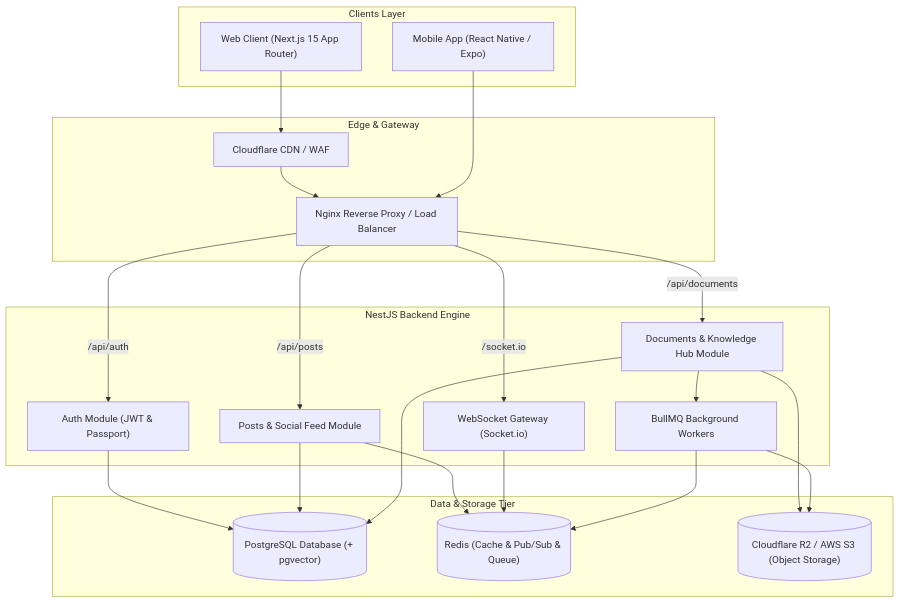
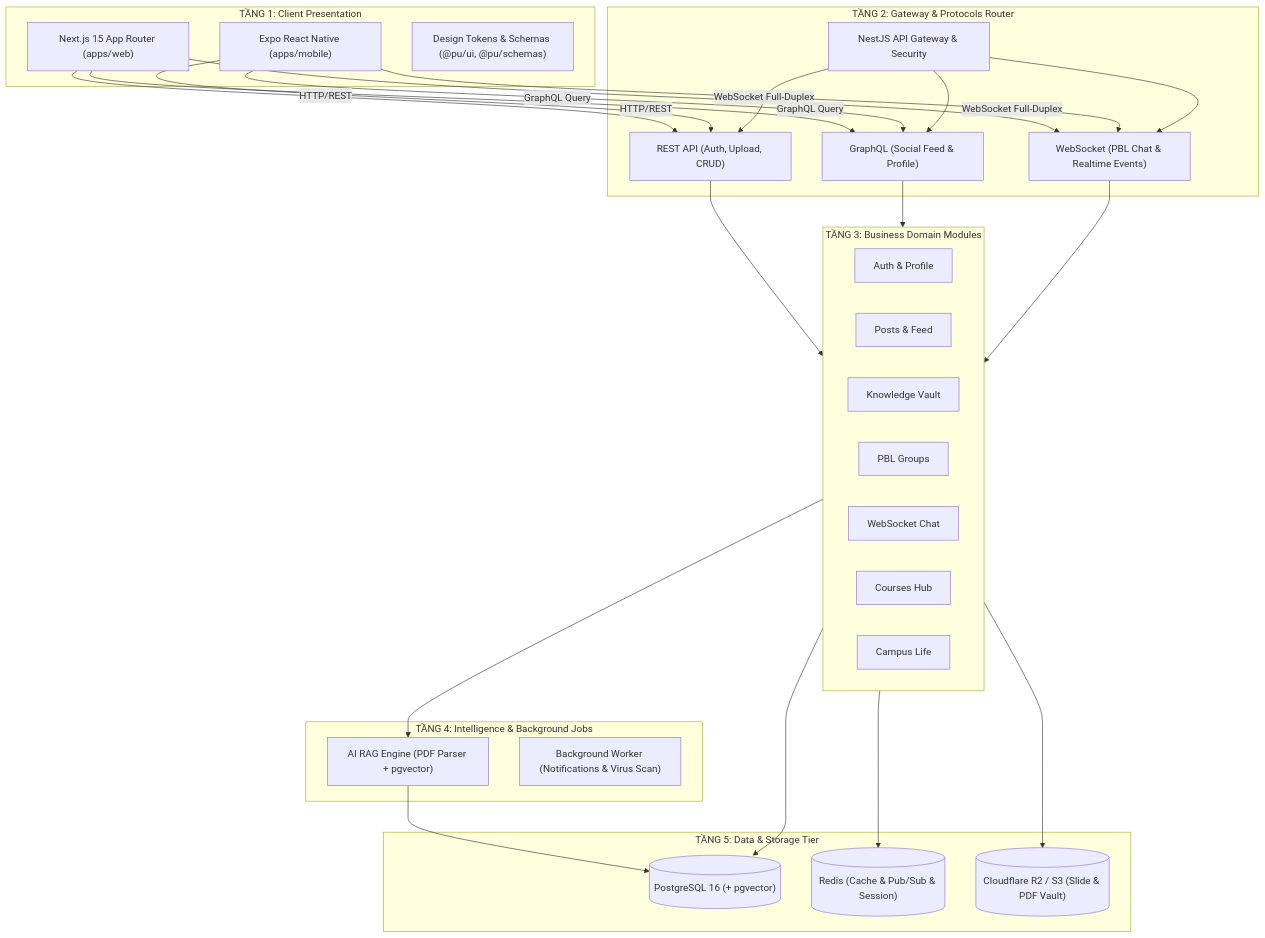
The diagram in docs/architecture.md (nhatcoi/pu-connect), drawn with Mermaid before and after one commit. The commit also changed other lines of this file and 23 other files, not shown here.

Commit message:
feat(api): add campus, courses, study-groups, documents, and graphql hybrid modules

````diff
--- a/docs/architecture.md
+++ b/docs/architecture.md
@@ -32,44 +9,57 @@
 ```mermaid
 graph TD
-  subgraph Client_Layer [Clients Layer]
-    WebClient["Web Client (Next.js 15 App Router)"]
-    MobileClient["Mobile App (React Native / Expo)"]
+  subgraph T1 [TẦNG 1: Client Presentation]
+    Web["Next.js 15 App Router (apps/web)"]
+    Mobile["Expo React Native (apps/mobile)"]
+    UI["Design Tokens & Schemas (@pu/ui, @pu/schemas)"]
   end
 
-  subgraph Gateway_Layer [Edge & Gateway]
-    CDN["Cloudflare CDN / WAF"]
-    Nginx["Nginx Reverse Proxy / Load Balancer"]
+  subgraph T2 [TẦNG 2: Gateway & Protocols Router]
+    Gateway["NestJS API Gateway & Security"]
+    P_REST["REST API (Auth, Upload, CRUD)"]
+    P_GQL["GraphQL (Social Feed & Profile)"]
+    P_WS["WebSocket (PBL Chat & Realtime Events)"]
   end
 
-  subgraph Backend_Layer [NestJS Backend Engine]
-    AuthModule["Auth Module (JWT & Passport)"]
-    PostsModule["Posts & Social Feed Module"]
-    DocsModule["Documents & Knowledge Hub Module"]
-    RealtimeModule["WebSocket Gateway (Socket.io)"]
-    WorkerModule["BullMQ Background Workers"]
+  subgraph T3 [TẦNG 3: Business Domain Modules]
+    M_Auth["Auth & Profile"]
+    M_Posts["Posts & Feed"]
+    M_Docs["Knowledge Vault"]
+    M_Groups["PBL Groups"]
+    M_Chat["WebSocket Chat"]
+    M_Courses["Courses Hub"]
+    M_Campus["Campus Life"]
   end
 
-  subgraph Data_Storage_Layer [Data & Storage Tier]
-    Postgres[("PostgreSQL Database (+ pgvector)")]
-    Redis[("Redis (Cache & Pub/Sub & Queue)")]
-    S3Storage[("Cloudflare R2 / AWS S3 (Object Storage)")]
+  subgraph T4 [TẦNG 4: Intelligence & Background Jobs]
+    RAG["AI RAG Engine (PDF Parser + pgvector)"]
+    BullMQ["Background Worker (Notifications & Virus Scan)"]
   end
 
-  WebClient --> CDN --> Nginx
-  MobileClient --> Nginx
+  subgraph T5 [TẦNG 5: Data & Storage Tier]
+    Postgres[("PostgreSQL 16 (+ pgvector)")]
+    Redis[("Redis (Cache & Pub/Sub & Session)")]
+    S3Storage[("Cloudflare R2 / S3 (Slide & PDF Vault)")]
+  end
 
-  Nginx -->|/api/auth| AuthModule
-  Nginx -->|/api/posts| PostsModule
-  Nginx -->|/api/documents| DocsModule
-  Nginx -->|/socket.io| RealtimeModule
+  Web -->|HTTP/REST| P_REST
+  Web -->|GraphQL Query| P_GQL
+  Web -->|WebSocket Full-Duplex| P_WS
+  Mobile -->|HTTP/REST| P_REST
+  Mobile -->|GraphQL Query| P_GQL
+  Mobile -->|WebSocket Full-Duplex| P_WS
 
-  AuthModule --> Postgres
-  PostsModule --> Postgres
-  PostsModule --> Redis
-  DocsModule --> Postgres
-  DocsModule --> WorkerModule
-  DocsModule --> S3Storage
-  RealtimeModule --> Redis
-  WorkerModule --> Redis
-  WorkerModule --> S3Storage
+  Gateway --> P_REST
+  Gateway --> P_GQL
+  Gateway --> P_WS
+
+  P_REST --> T3
+  P_GQL --> T3
+  P_WS --> T3
+
+  T3 --> Postgres
+  T3 --> Redis
+  T3 --> RAG
+  T3 --> S3Storage
+  RAG --> Postgres
 ```
````
